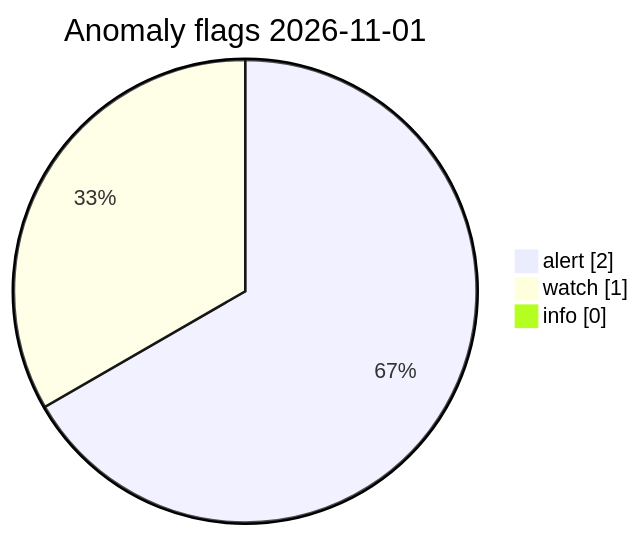
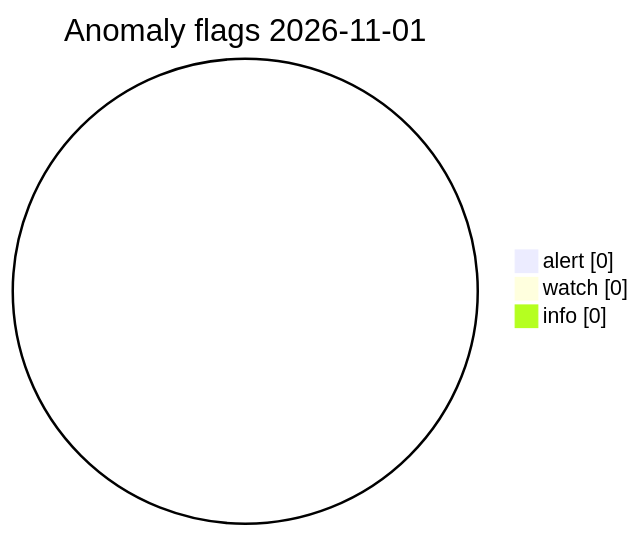
The diagram in visuals/latest/CHARTS.md (Midwest-Stratospheric/Unified-Open-Global-Weather), drawn with Mermaid before and after one commit. The commit also changed other lines of this file and 13 other files, not shown here.

Commit message:
data(visuals): automated charts 2026-11-01T16:12Z

````diff
--- a/visuals/latest/CHARTS.md
+++ b/visuals/latest/CHARTS.md
@@ -73,7 +73,7 @@
 ```mermaid
 pie showData
   title Anomaly flags 2026-11-01
-  "alert" : 2
-  "watch" : 1
+  "alert" : 0
+  "watch" : 0
   "info" : 0
 ```
````
